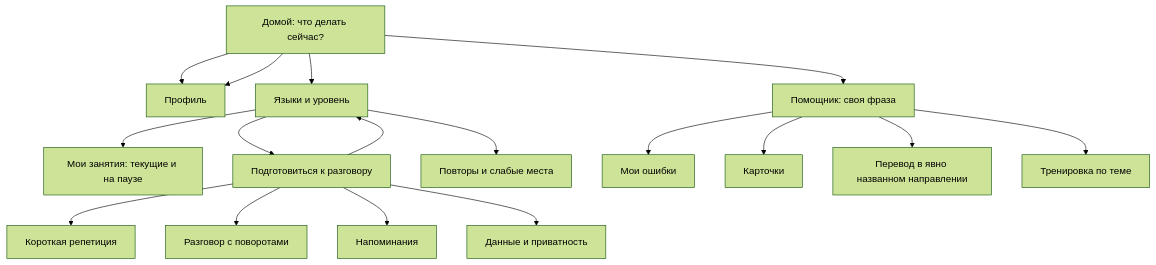
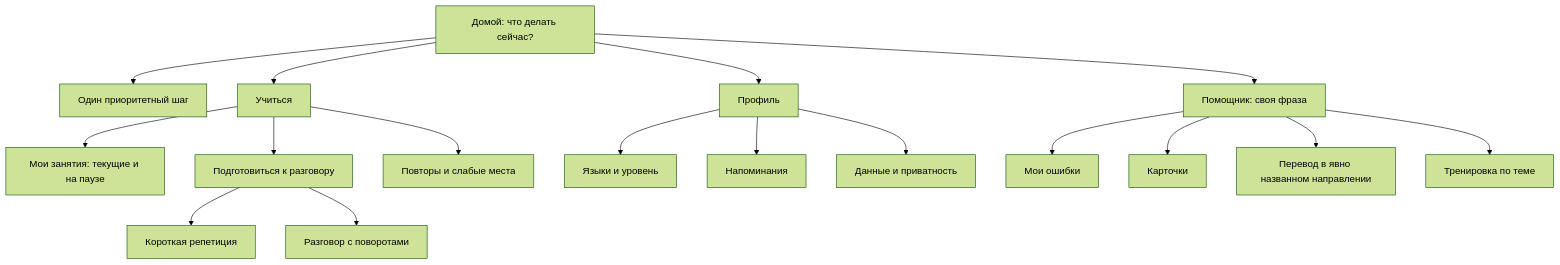
Before and after one commit to 890su/tutorlaing: the diagram in docs/UX_NAVIGATION.md, drawn with Mermaid (forest theme). The commit also changed other lines of this file and 10 other files, not shown here.

````diff
--- a/docs/UX_NAVIGATION.md
+++ b/docs/UX_NAVIGATION.md
@@ -28,19 +28,19 @@
 ```mermaid
 flowchart TD
-    H["Домой: что делать сейчас?"] --> P["Один приоритетный шаг"]
+    H["Домой: что делать сейчас?"] --> N["Один приоритетный шаг"]
     H --> L["Учиться"]
     L --> A["Мои занятия: текущие и на паузе"]
     L --> C["Подготовиться к разговору"]
     C --> S["Короткая репетиция"]
     C --> M["Разговор с поворотами"]
     L --> V["Повторы и слабые места"]
     H --> T["Помощник: своя фраза"]
     H --> P["Профиль"]
-    C --> L["Языки и уровень"]
-    C --> N["Напоминания"]
-    C --> D["Данные и приватность"]
+    P --> G["Языки и уровень"]
+    P --> R["Напоминания"]
+    P --> D["Данные и приватность"]
     T --> E["Мои ошибки"]
     T --> K["Карточки"]
     T --> X["Перевод в явно названном направлении"]
     T --> Q["Тренировка по теме"]
 ```
````
